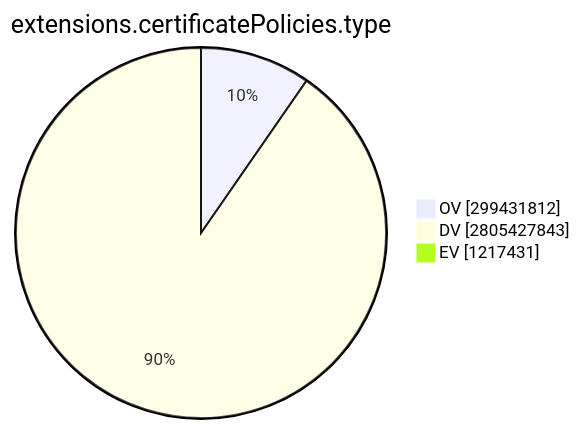
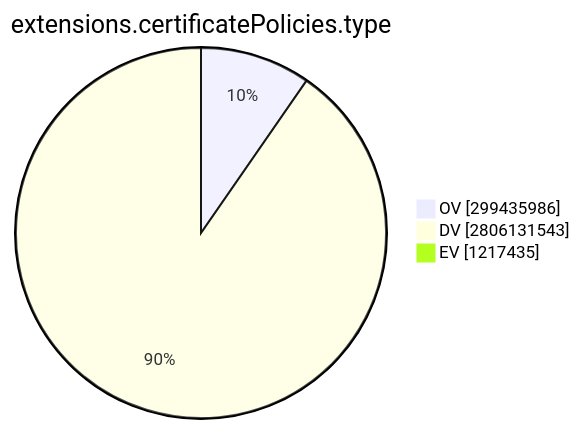
One commit to christiankrug/ctmonitor_visualization changed the ninth of 15 diagrams in TOTAL/README.md. Above: the diagram before and after it, drawn with Mermaid. The commit also changed other lines of this file, not shown here.

````diff
--- a/TOTAL/README.md
+++ b/TOTAL/README.md
@@ -3101,7 +3101,7 @@
 ```mermaid
 pie showData
 title extensions.certificatePolicies.type
-"OV" :299431812
-"DV" :2805427843
-"EV" :1217431
+"OV" :299435986
+"DV" :2806131543
+"EV" :1217435
 ```
````
